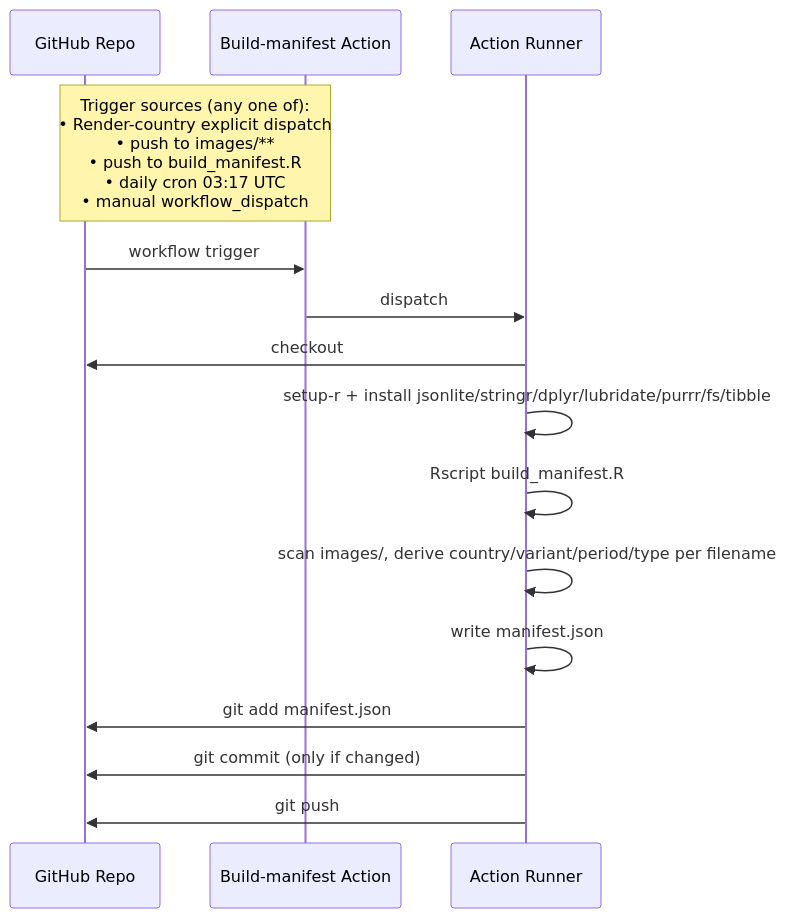
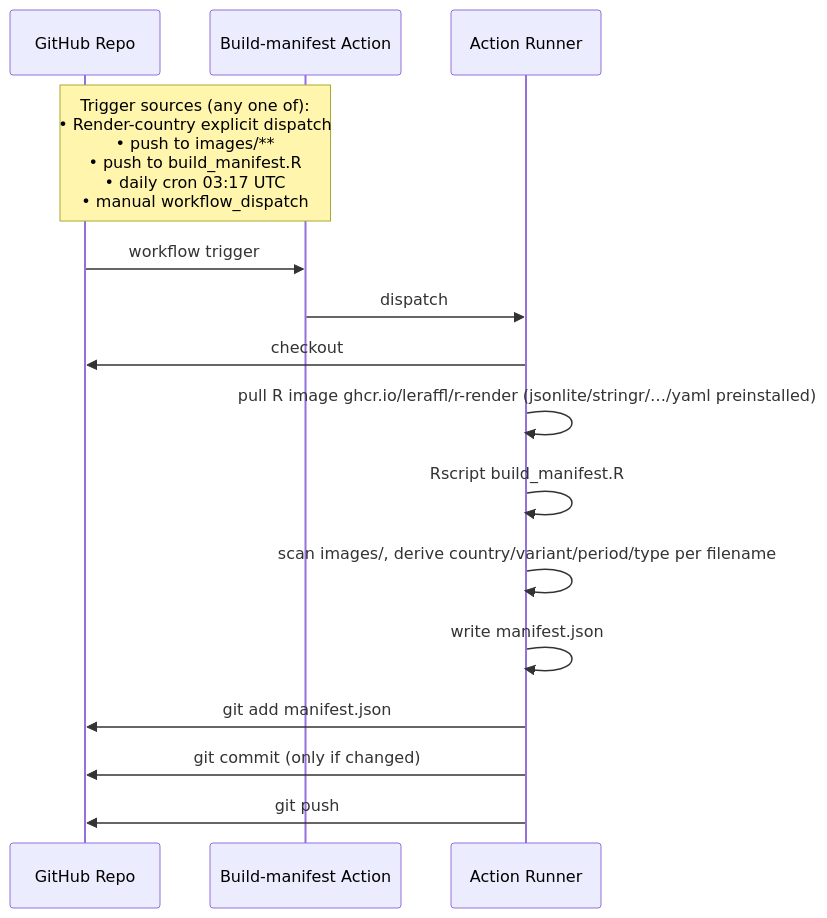
One commit to LeRaffl/LeRaffl-Gallery changed the fifth of 26 diagrams in docs/architecture/05-flows.md. Above: the diagram before and after it, drawn with Mermaid. The commit also changed other lines of this file and 20 other files, not shown here.

First line of the commit message:
ci: run all R steps in a prebuilt GHCR image (ghcr.io/leraffl/r-render:v1)

````diff
--- a/docs/architecture/05-flows.md
+++ b/docs/architecture/05-flows.md
@@ -202,18 +202,18 @@
 ```mermaid
 sequenceDiagram
     participant Repo as GitHub Repo
     participant Action as Build-manifest Action
     participant Runner as Action Runner
 
     Note over Repo,Action: Trigger sources (any one of):<br/>• Render-country explicit dispatch<br/>• push to images/**<br/>• push to build_manifest.R<br/>• daily cron 03:17 UTC<br/>• manual workflow_dispatch
     Repo->>Action: workflow trigger
     Action->>Runner: dispatch
     Runner->>Repo: checkout
-    Runner->>Runner: setup-r + install jsonlite/stringr/dplyr/lubridate/purrr/fs/tibble
+    Runner->>Runner: pull R image ghcr.io/leraffl/r-render (jsonlite/stringr/…/yaml preinstalled)
     Runner->>Runner: Rscript build_manifest.R
     Runner->>Runner: scan images/, derive country/variant/period/type per filename
     Runner->>Runner: write manifest.json
     Runner->>Repo: git add manifest.json
     Runner->>Repo: git commit (only if changed)
     Runner->>Repo: git push
 ```
````
